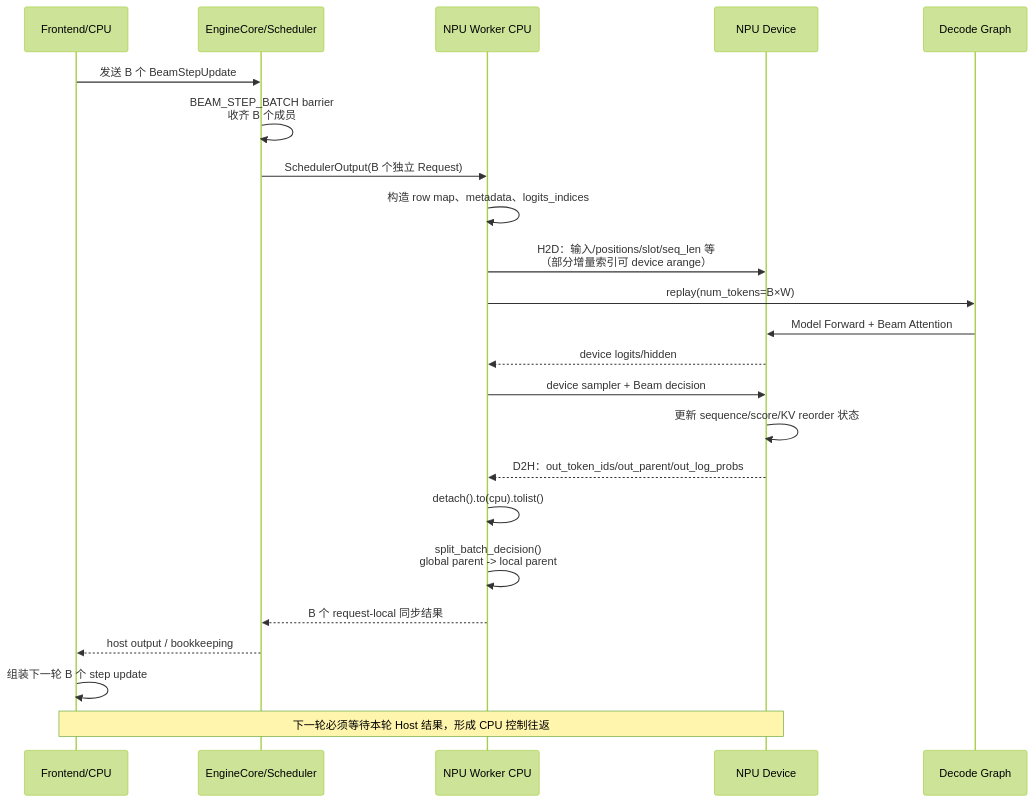
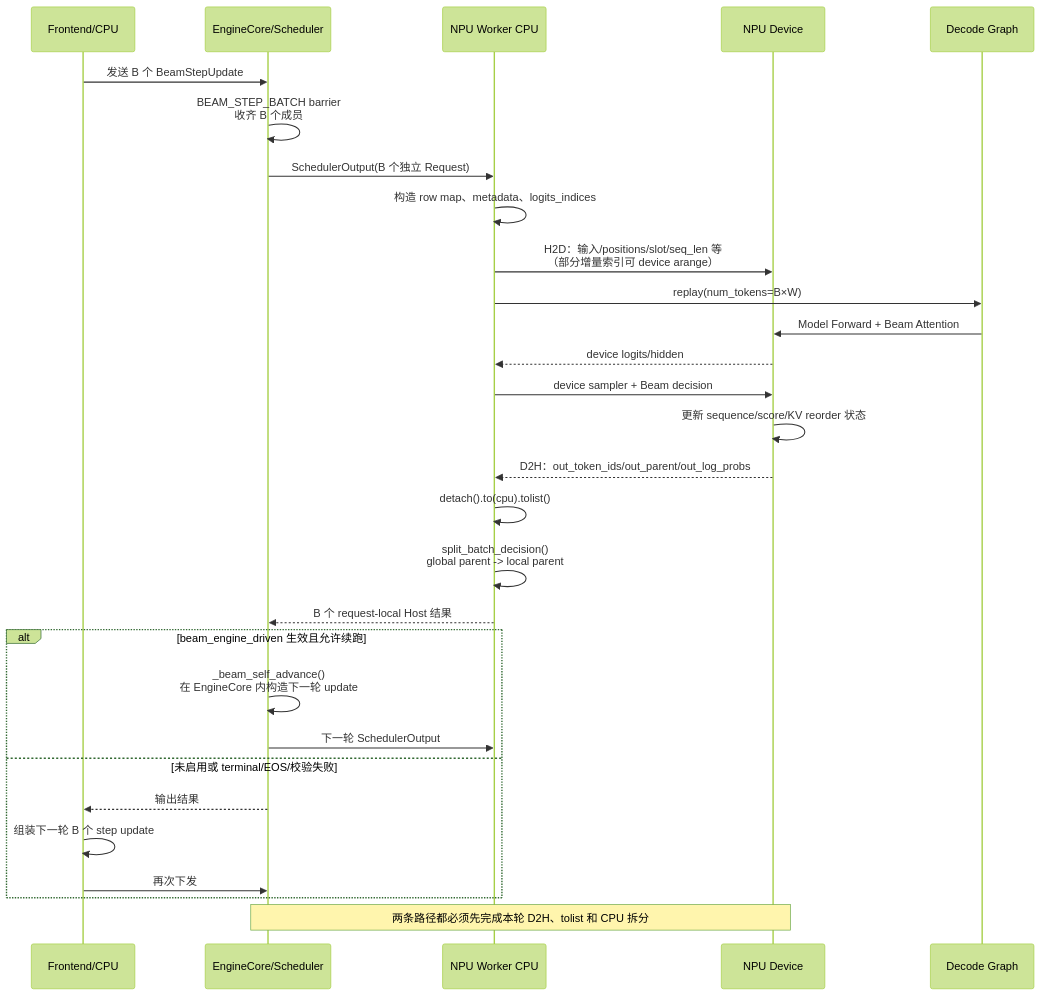
Before and after one commit to ZhiYunpenghuawei/p1: the seventh of 8 diagrams in decode_graph_multibatch_design_zh.md, drawn with Mermaid (forest theme). The commit also changed other lines of this file, not shown here.

````diff
--- a/decode_graph_multibatch_design_zh.md
+++ b/decode_graph_multibatch_design_zh.md
@@ -1040,28 +1193,34 @@
 ```mermaid
 sequenceDiagram
     participant F as Frontend/CPU
     participant E as EngineCore/Scheduler
     participant W as NPU Worker CPU
     participant D as NPU Device
     participant G as Decode Graph
 
     F->>E: 发送 B 个 BeamStepUpdate
     E->>E: BEAM_STEP_BATCH barrier<br/>收齐 B 个成员
     E->>W: SchedulerOutput(B 个独立 Request)
 
     W->>W: 构造 row map、metadata、logits_indices
     W->>D: H2D：输入/positions/slot/seq_len 等<br/>（部分增量索引可 device arange）
     W->>G: replay(num_tokens=B×W)
     G->>D: Model Forward + Beam Attention
     D-->>W: device logits/hidden
     W->>D: device sampler + Beam decision
     D->>D: 更新 sequence/score/KV reorder 状态
 
     D-->>W: D2H：out_token_ids/out_parent/out_log_probs
     W->>W: detach().to(cpu).tolist()
     W->>W: split_batch_decision()<br/>global parent -> local parent
-    W-->>E: B 个 request-local 同步结果
-    E-->>F: host output / bookkeeping
-    F->>F: 组装下一轮 B 个 step update
-    Note over F,D: 下一轮必须等待本轮 Host 结果，形成 CPU 控制往返
+    W-->>E: B 个 request-local Host 结果
+    alt beam_engine_driven 生效且允许续跑
+        E->>E: _beam_self_advance()<br/>在 EngineCore 内构造下一轮 update
+        E->>W: 下一轮 SchedulerOutput
+    else 未启用或 terminal/EOS/校验失败
+        E-->>F: 输出结果
+        F->>F: 组装下一轮 B 个 step update
+        F->>E: 再次下发
+    end
+    Note over E,D: 两条路径都必须先完成本轮 D2H、tolist 和 CPU 拆分
 ```
````
